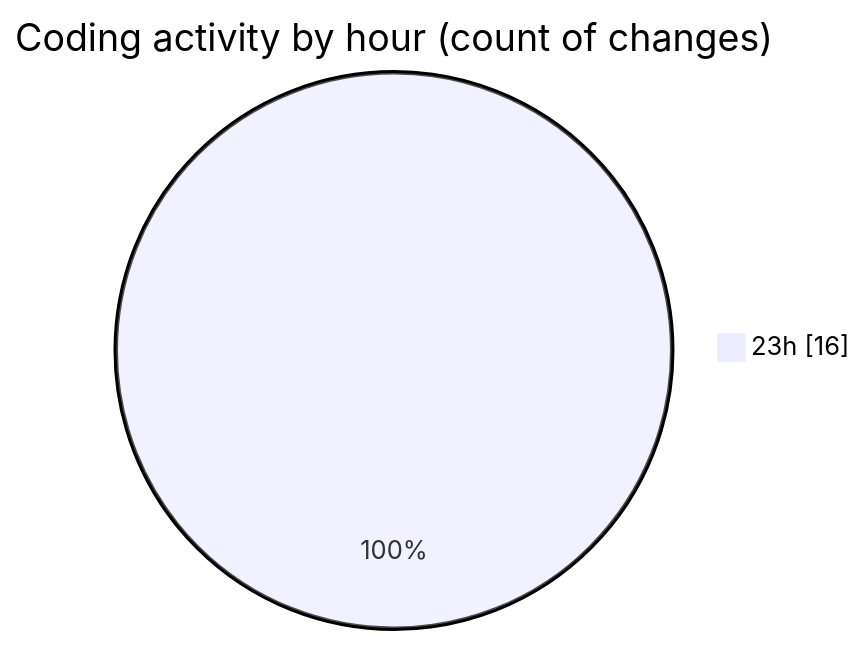
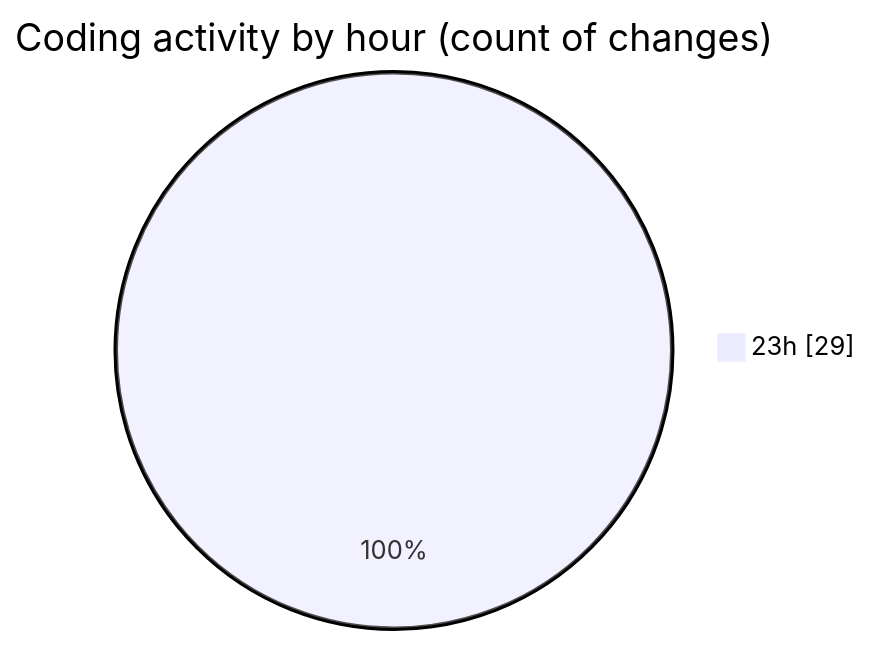
One commit to hasnaa123/code-tracking changed the second of 2 diagrams in 2026-05-21/chatserver/README.md. Above: the diagram before and after it, drawn with Mermaid. The commit also changed other lines of this file and 1 other file, not shown here.

````diff
--- a/2026-05-21/chatserver/README.md
+++ b/2026-05-21/chatserver/README.md
@@ -28,5 +31,5 @@
 ```mermaid
 pie showData
 title Coding activity by hour (count of changes)
-"23h" : 16
+"23h" : 29
 ```
````
